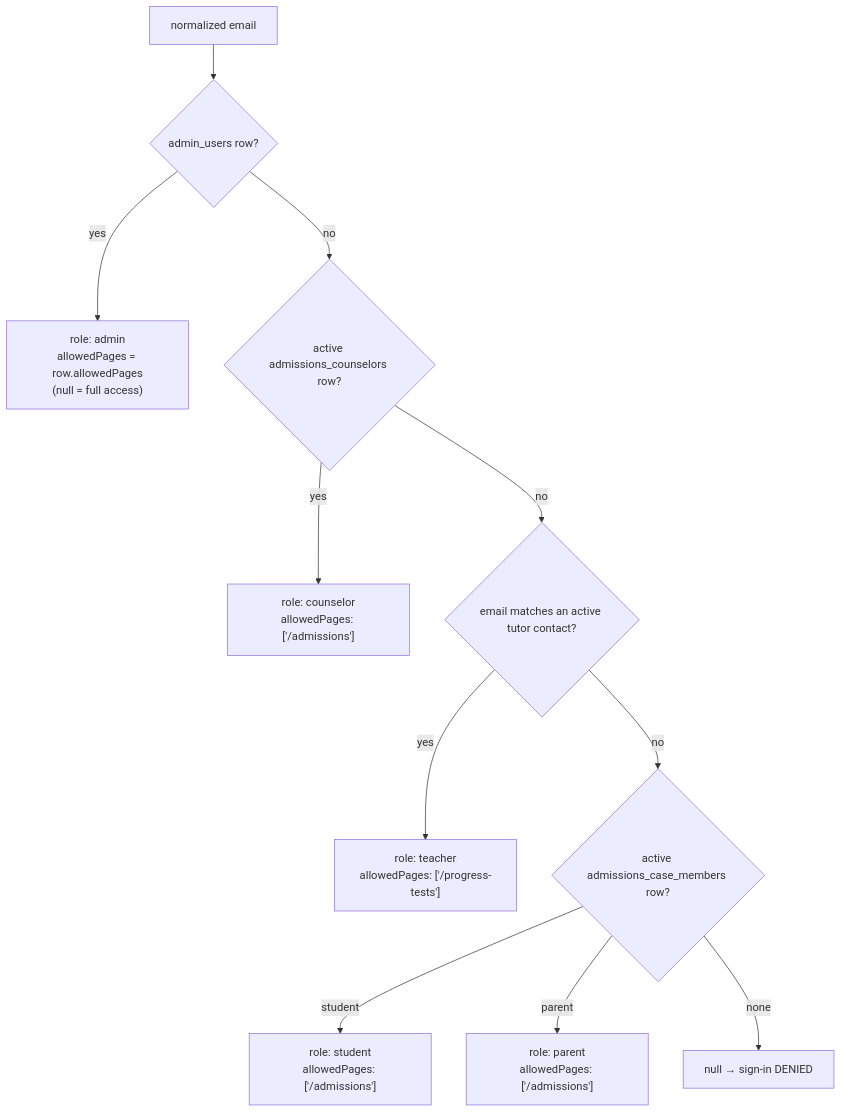
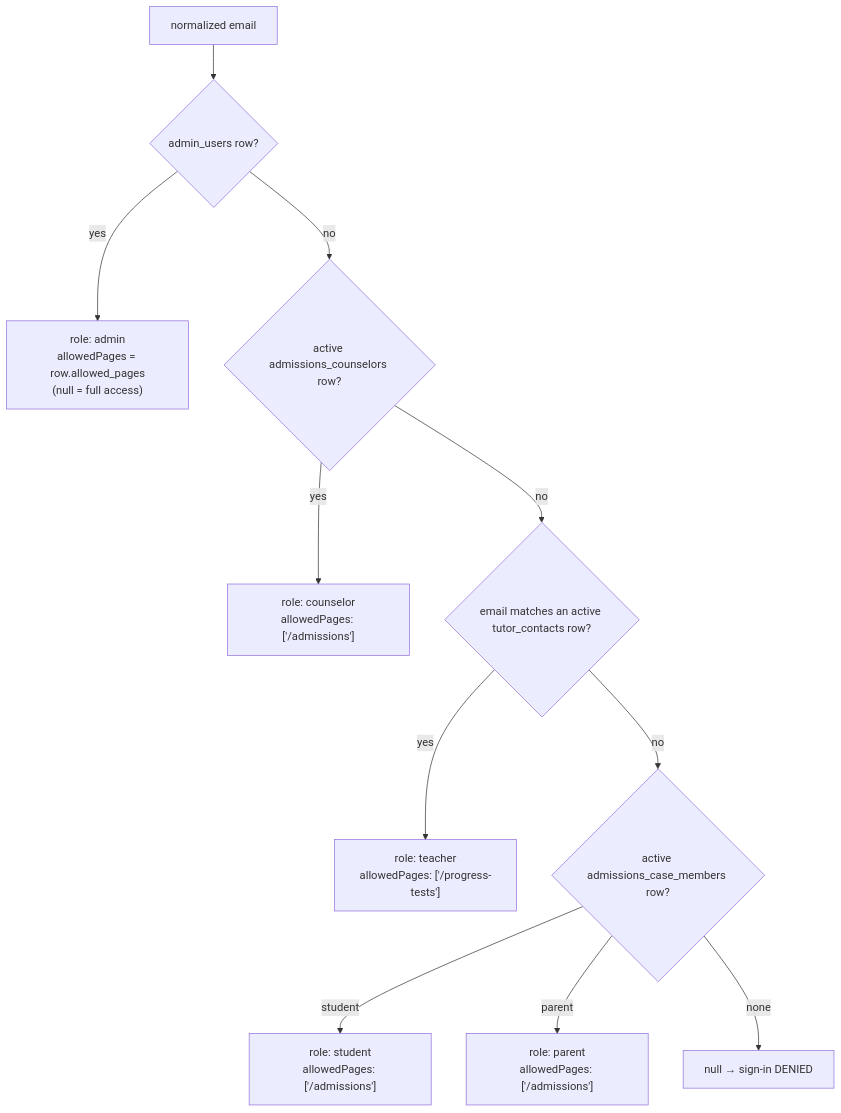
Before and after one commit to kasheesh711/bgscheduler: the third of 3 diagrams in docs/operations/auth-and-access.md, drawn with Mermaid. The commit also changed other lines of this file and 95 other files, not shown here.

````diff
--- a/docs/operations/auth-and-access.md
+++ b/docs/operations/auth-and-access.md
@@ -203,13 +228,13 @@
 ```mermaid
 flowchart TD
     S[normalized email] --> A{admin_users row?}
-    A -- yes --> A1["role: admin<br/>allowedPages = row.allowedPages<br/>(null = full access)"]
+    A -- yes --> A1["role: admin<br/>allowedPages = row.allowed_pages<br/>(null = full access)"]
     A -- no --> B{active admissions_counselors row?}
     B -- yes --> B1["role: counselor<br/>allowedPages: ['/admissions']"]
-    B -- no --> C{email matches an active tutor contact?}
+    B -- no --> C{email matches an active tutor_contacts row?}
     C -- yes --> C1["role: teacher<br/>allowedPages: ['/progress-tests']"]
     C -- no --> D{active admissions_case_members row?}
     D -- student --> D1["role: student<br/>allowedPages: ['/admissions']"]
     D -- parent --> D2["role: parent<br/>allowedPages: ['/admissions']"]
     D -- none --> E["null → sign-in DENIED"]
 ```
````
